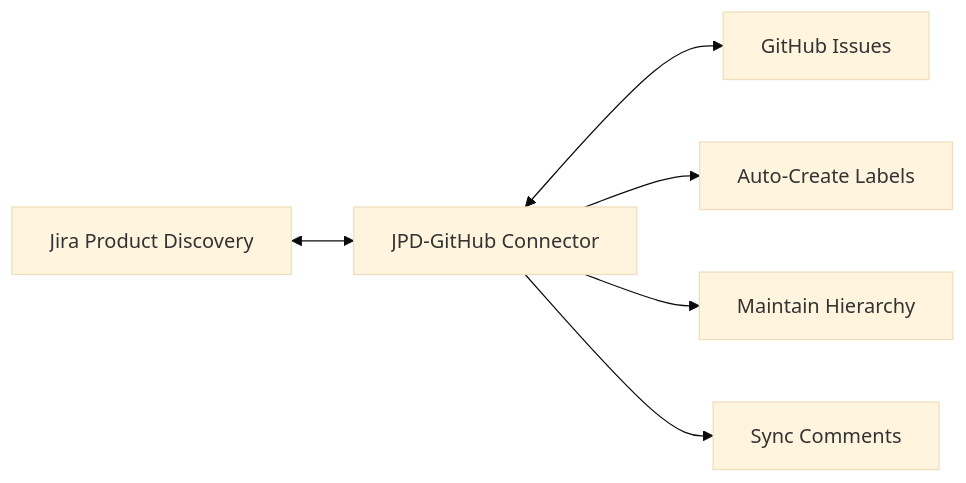
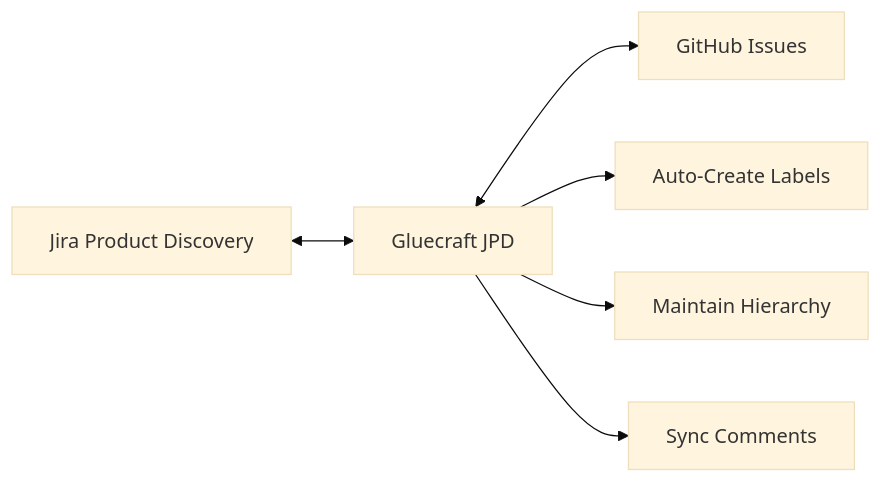
One commit to the-craftlab/gluecraft changed the diagram in docs/docs/intro.md. Above: the diagram before and after it, drawn with Mermaid (base theme). The commit also changed other lines of this file and 15 other files, not shown here.

````diff
--- a/docs/docs/intro.md
+++ b/docs/docs/intro.md
@@ -74,9 +76,9 @@
 ```mermaid
 graph LR
-    JPD[Jira Product Discovery] <--> Connector[JPD-GitHub Connector]
+    JPD[Jira Product Discovery] <--> Connector[Gluecraft JPD]
     Connector <--> GitHub[GitHub Issues]
     
     Connector --> Labels[Auto-Create Labels]
     Connector --> Hierarchy[Maintain Hierarchy]
     Connector --> Comments[Sync Comments]
 ```
````
